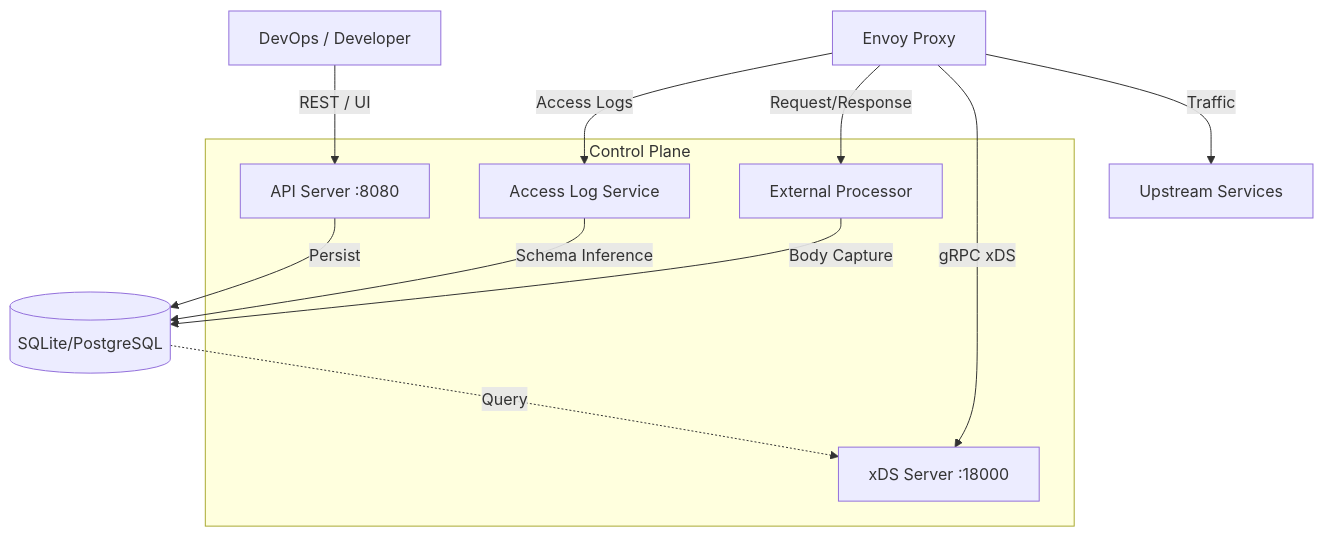
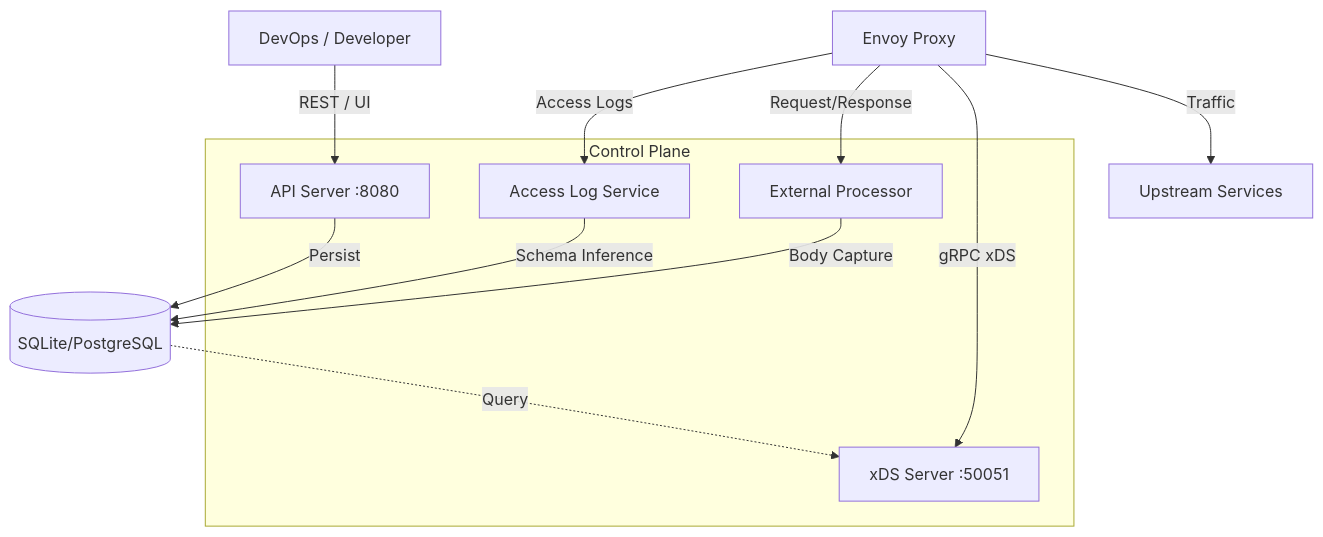
One commit to rajeevramani/flowplane changed the diagram in README.md. Above: the diagram before and after it, drawn with Mermaid. The commit also changed other lines of this file and 9 other files, not shown here.

````diff
--- a/README.md
+++ b/README.md
@@ -229,21 +231,21 @@
 ```mermaid
 graph TD
     Client[DevOps / Developer] -->|REST / UI| API[API Server :8080]
     API -->|Persist| DB[(SQLite/PostgreSQL)]
-    DB -.->|Query| XDS[xDS Server :18000]
+    DB -.->|Query| XDS[xDS Server :50051]
 
     subgraph Control Plane
         API
         XDS
         ALS[Access Log Service]
         ExtProc[External Processor]
     end
 
     Envoy[Envoy Proxy] -->|gRPC xDS| XDS
     Envoy -->|Access Logs| ALS
     Envoy -->|Request/Response| ExtProc
     ALS -->|Schema Inference| DB
     ExtProc -->|Body Capture| DB
 
     Envoy -->|Traffic| Upstream[Upstream Services]
 ```
````
